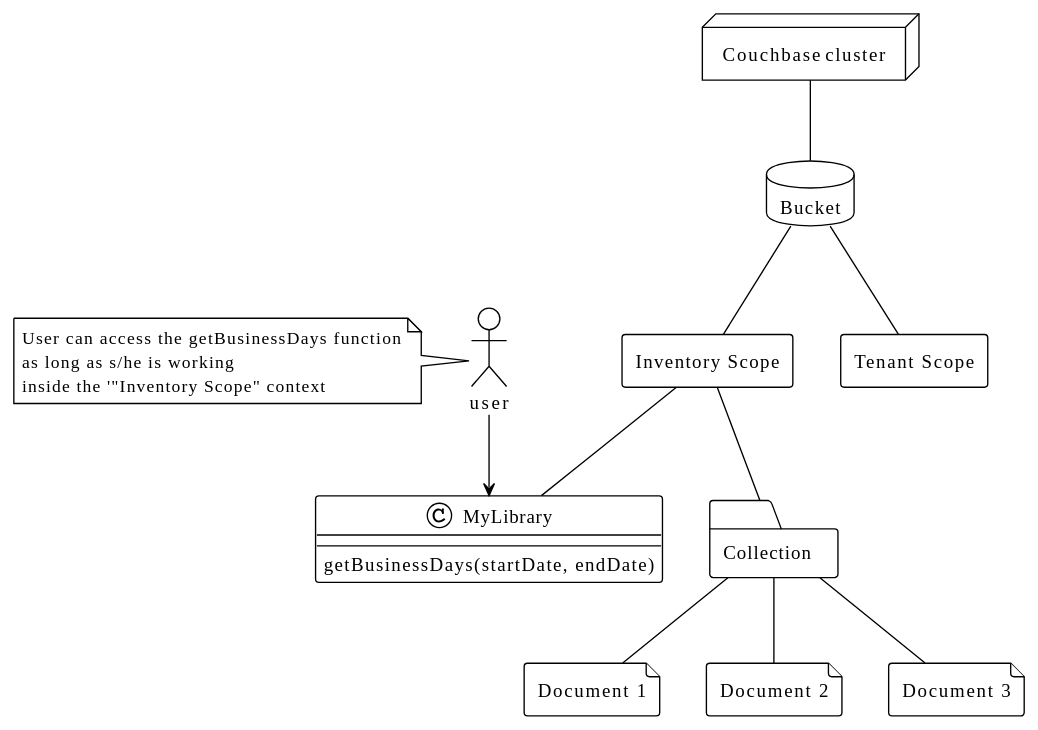
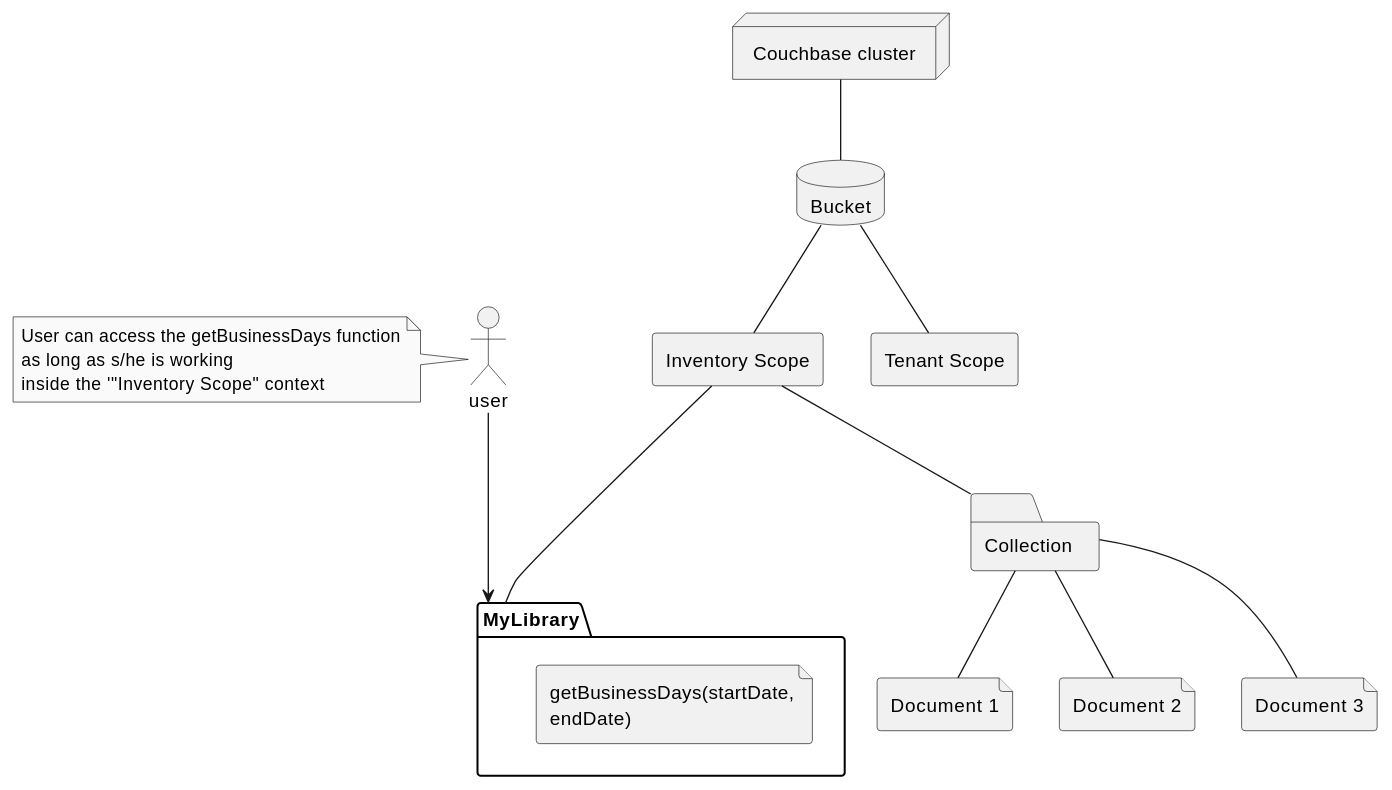
One commit to couchbase/docs-server changed the fifth of 5 diagrams in modules/guides/partials/javascript-udfs/diagrams-plantuml.adoc. Above: the diagram before and after it, drawn with PlantUML. The commit also changed other lines of this file and 6 other files, not shown here.

```diff
--- a/modules/guides/partials/javascript-udfs/diagrams-plantuml.adoc
+++ b/modules/guides/partials/javascript-udfs/diagrams-plantuml.adoc
@@ -92,47 +92,46 @@
 [plantuml]
 ----
 @startuml
 
-!theme plain
-
+skinparam monochrome true
 allow_mixing
 
-class MyLibrary {
-  getBusinessDays(startDate, endDate)
+package MyLibrary {
+   file "getBusinessDays(startDate, \nendDate)" as getBusinessDays
 }
-
+ 
 actor "user" as user
 
 node "Couchbase cluster" as cluster
 
 database "Bucket" as bucket
 
 rectangle "Inventory Scope" as inventory
 rectangle "Tenant Scope" as tenant
 
 folder "Collection" as collection
 
 
 file "Document 1" as document1
 file "Document 2" as document2
 file "Document 3" as document3
 
 cluster -- bucket
 bucket -- inventory
 bucket -- tenant
 inventory -- collection
 collection -- document1
 collection -- document2
 collection -- document3
 
-inventory -- MyLibrary
+inventory --- MyLibrary
 
-user --> MyLibrary
+user ---> MyLibrary
 
 note left of user
   User can access the getBusinessDays function
   as long as s/he is working 
   inside the '"Inventory Scope" context
 end note
 @enduml
 ----
```
